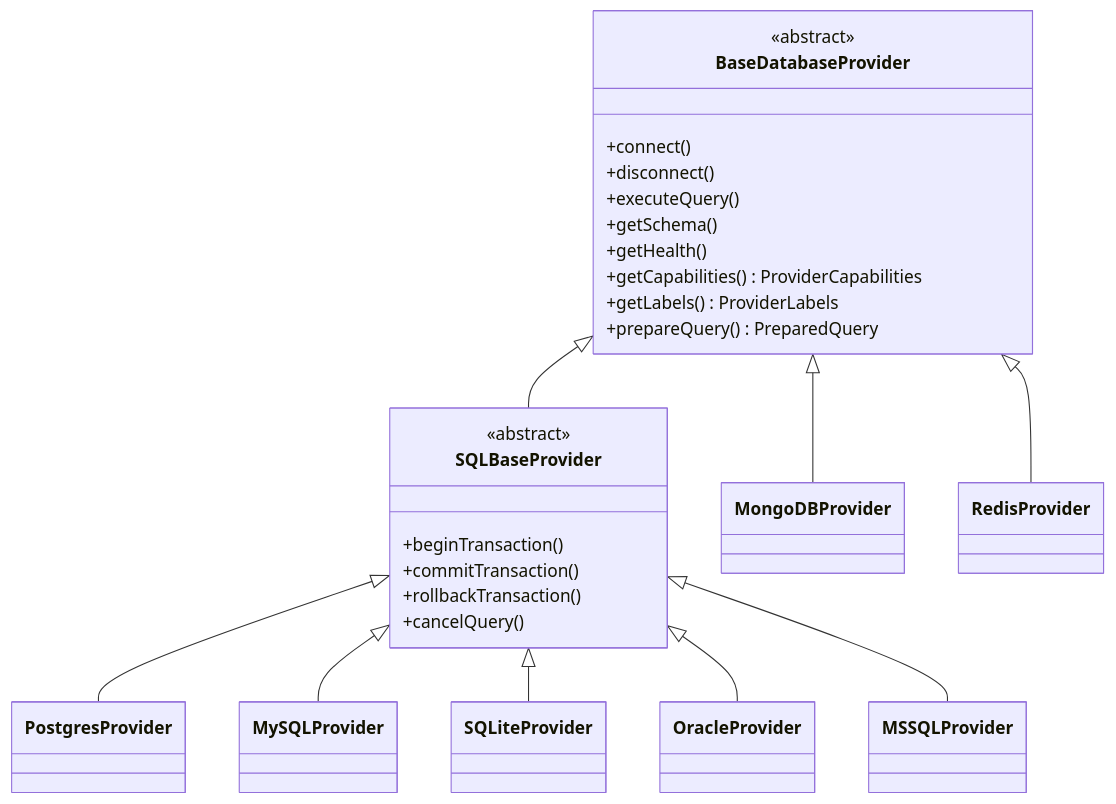
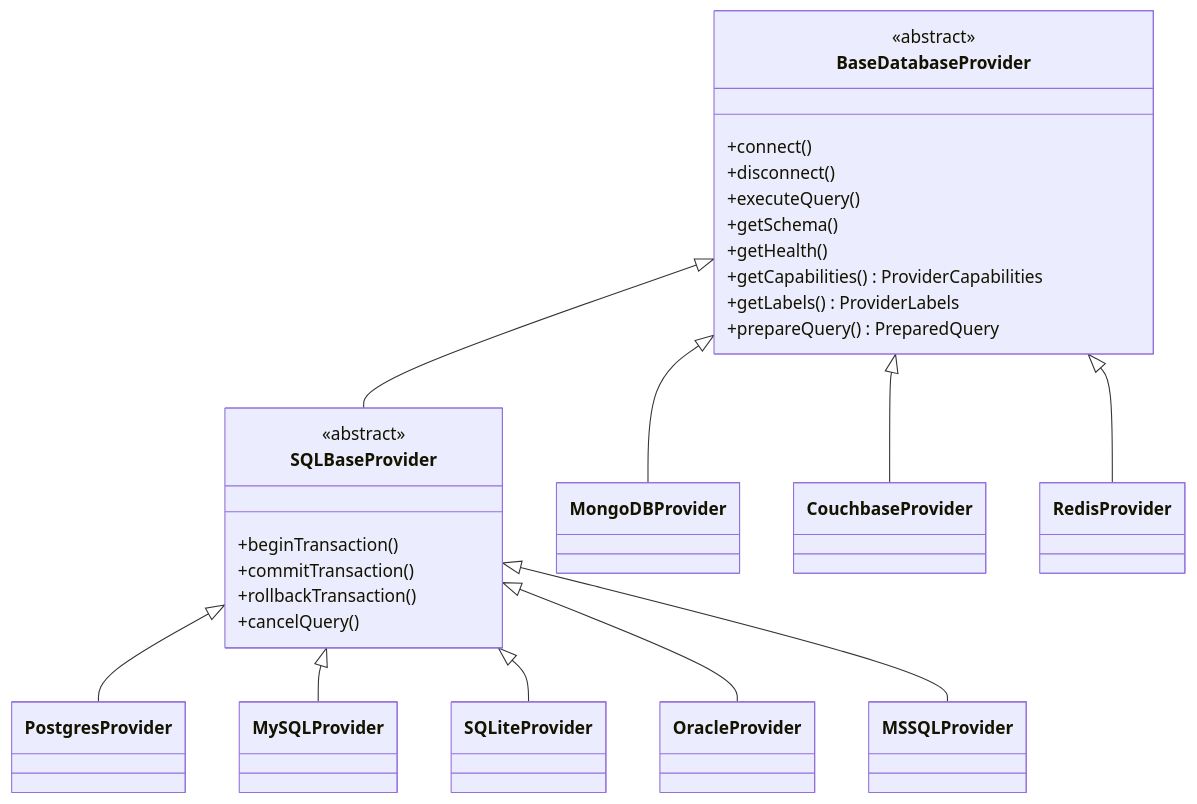
The second of 3 diagrams in docs/ARCHITECTURE.md (CrazyForks/libredb-studio), drawn with Mermaid before and after one commit. The commit also changed other lines of this file and 39 other files, not shown here.

First line of the commit message:
feat(db): add Couchbase provider (SQL++ over Query REST, no native dependency) (#263)

````diff
--- a/docs/ARCHITECTURE.md
+++ b/docs/ARCHITECTURE.md
@@ -69,32 +70,33 @@
 ```mermaid
 classDiagram
     class BaseDatabaseProvider {
         <<abstract>>
         +connect()
         +disconnect()
         +executeQuery()
         +getSchema()
         +getHealth()
         +getCapabilities() ProviderCapabilities
         +getLabels() ProviderLabels
         +prepareQuery() PreparedQuery
     }
 
     class SQLBaseProvider {
         <<abstract>>
         +beginTransaction()
         +commitTransaction()
         +rollbackTransaction()
         +cancelQuery()
     }
 
     BaseDatabaseProvider <|-- SQLBaseProvider
     BaseDatabaseProvider <|-- MongoDBProvider
+    BaseDatabaseProvider <|-- CouchbaseProvider
     BaseDatabaseProvider <|-- RedisProvider
 
     SQLBaseProvider <|-- PostgresProvider
     SQLBaseProvider <|-- MySQLProvider
     SQLBaseProvider <|-- SQLiteProvider
     SQLBaseProvider <|-- OracleProvider
     SQLBaseProvider <|-- MSSQLProvider
 ```
````
